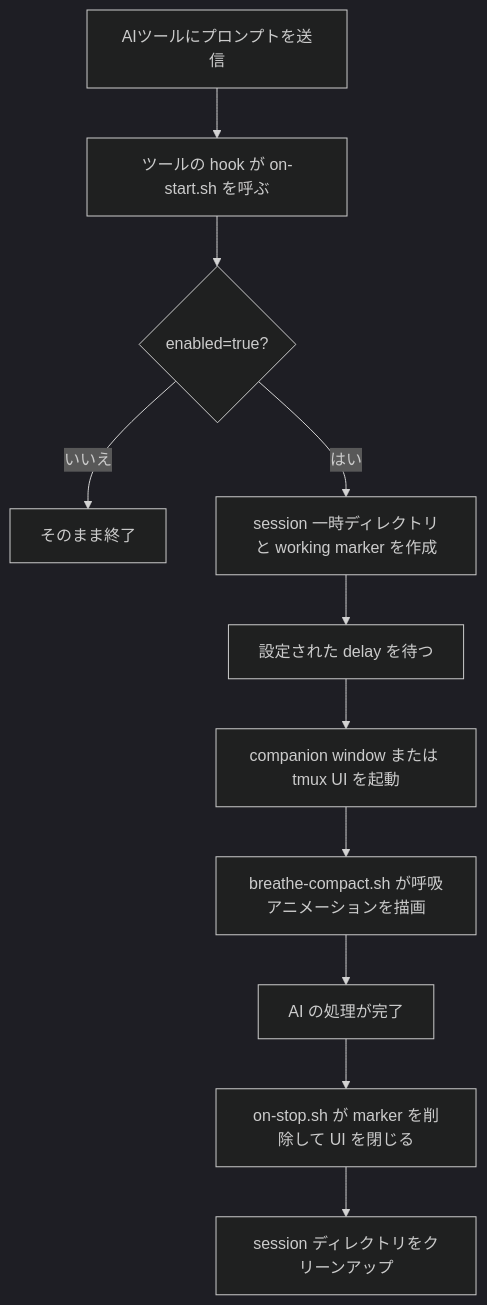
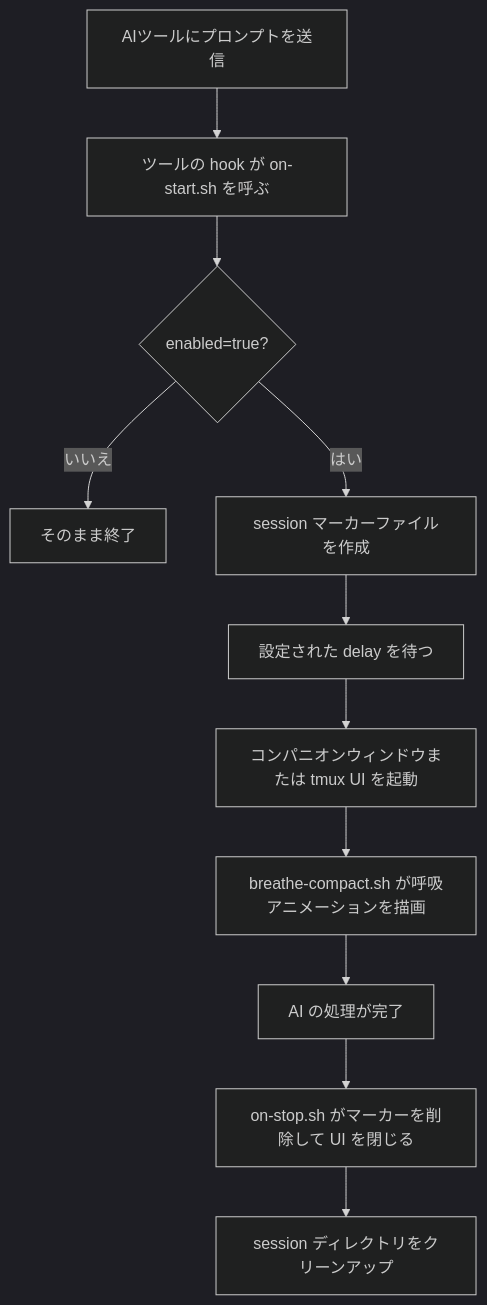
Before and after one commit to cry8a8y/HushFlow: the diagram in docs/README.ja.md, drawn with Mermaid (dark theme). The commit also changed other lines of this file and 1 other file, not shown here.

````diff
--- a/docs/README.ja.md
+++ b/docs/README.ja.md
@@ -197,13 +97,13 @@
 ```mermaid
 flowchart TD
     A[AIツールにプロンプトを送信] --> B[ツールの hook が on-start.sh を呼ぶ]
     B --> C{enabled=true?}
     C -- いいえ --> Z[そのまま終了]
-    C -- はい --> D[session 一時ディレクトリと working marker を作成]
+    C -- はい --> D[session マーカーファイルを作成]
     D --> E[設定された delay を待つ]
-    E --> F[companion window または tmux UI を起動]
+    E --> F[コンパニオンウィンドウまたは tmux UI を起動]
     F --> G[breathe-compact.sh が呼吸アニメーションを描画]
     G --> H[AI の処理が完了]
-    H --> I[on-stop.sh が marker を削除して UI を閉じる]
+    H --> I[on-stop.sh がマーカーを削除して UI を閉じる]
     I --> J[session ディレクトリをクリーンアップ]
 ```
````
